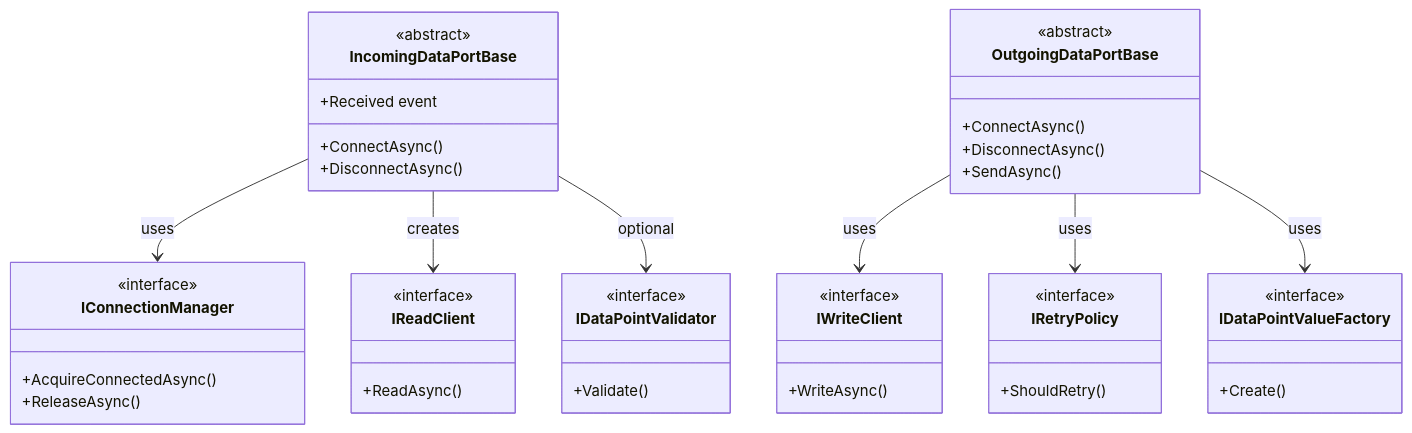
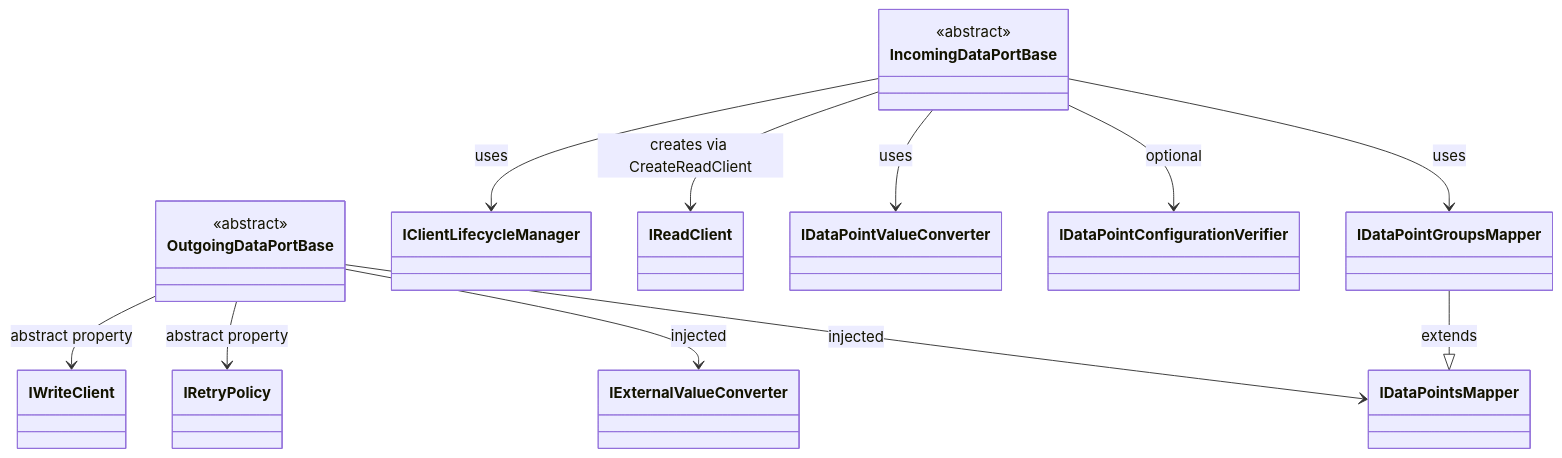
Before and after one commit to vicione-oss/vicione-runtime-libs-dps: the diagram in docs/DataPort.Extensions/Interfaces.md, drawn with Mermaid. The commit also changed other lines of this file and 170 other files, not shown here.

First line of the commit message:
#176 Introduce mapper abstractions and refactor DataPort.Extensions

````diff
--- a/docs/DataPort.Extensions/Interfaces.md
+++ b/docs/DataPort.Extensions/Interfaces.md
@@ -308,55 +150,18 @@
 ```mermaid
 classDiagram
-    class IncomingDataPortBase {
-        <<abstract>>
-        +ConnectAsync()
-        +DisconnectAsync()
-        +Received event
-    }
+    class IncomingDataPortBase { <<abstract>> }
+    class OutgoingDataPortBase { <<abstract>> }
 
-    class IConnectionManager {
-        <<interface>>
-        +AcquireConnectedAsync()
-        +ReleaseAsync()
-    }
+    IncomingDataPortBase --> IClientLifecycleManager : uses
+    IncomingDataPortBase --> IReadClient : creates via CreateReadClient
+    IncomingDataPortBase --> IDataPointValueConverter : uses
+    IncomingDataPortBase --> IDataPointConfigurationVerifier : optional
+    IncomingDataPortBase --> IDataPointGroupsMapper : uses
 
-    class IReadClient {
-        <<interface>>
-        +ReadAsync()
-    }
+    OutgoingDataPortBase --> IWriteClient : abstract property
+    OutgoingDataPortBase --> IRetryPolicy : abstract property
+    OutgoingDataPortBase --> IExternalValueConverter : injected
+    OutgoingDataPortBase --> IDataPointsMapper : injected
 
-    class IDataPointValidator {
-        <<interface>>
-        +Validate()
-    }
-
-    IncomingDataPortBase --> IConnectionManager : uses
-    IncomingDataPortBase --> IReadClient : creates
-    IncomingDataPortBase --> IDataPointValidator : optional
-
-    class OutgoingDataPortBase {
-        <<abstract>>
-        +ConnectAsync()
-        +DisconnectAsync()
-        +SendAsync()
-    }
-
-    class IWriteClient {
-        <<interface>>
-        +WriteAsync()
-    }
-
-    class IRetryPolicy {
-        <<interface>>
-        +ShouldRetry()
-    }
-
-    class IDataPointValueFactory {
-        <<interface>>
-        +Create()
-    }
-
-    OutgoingDataPortBase --> IWriteClient : uses
-    OutgoingDataPortBase --> IRetryPolicy : uses
-    OutgoingDataPortBase --> IDataPointValueFactory : uses
+    IDataPointGroupsMapper --|> IDataPointsMapper : extends
 ```
````
